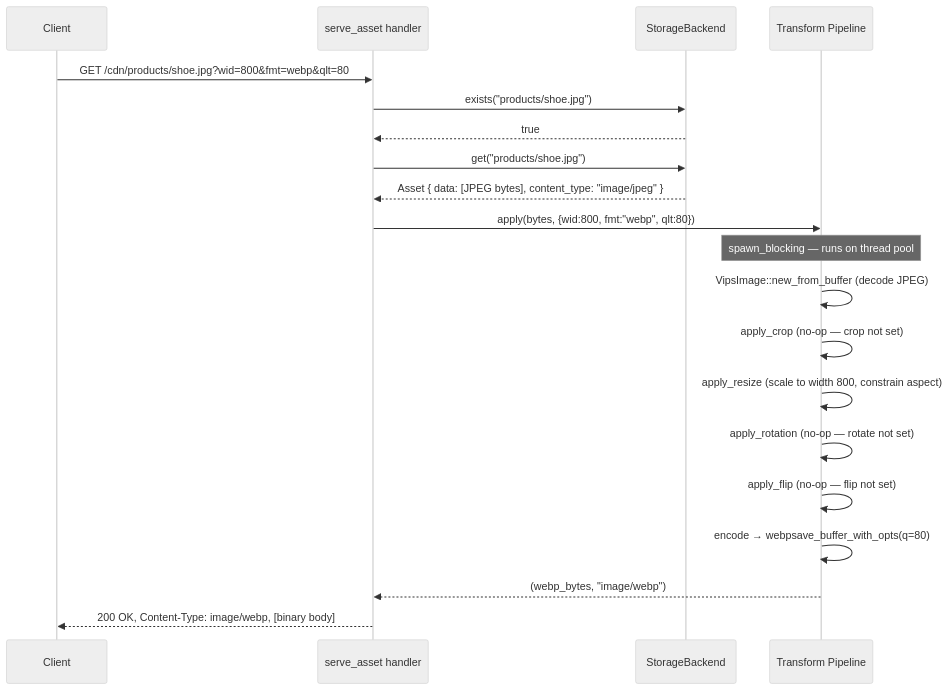
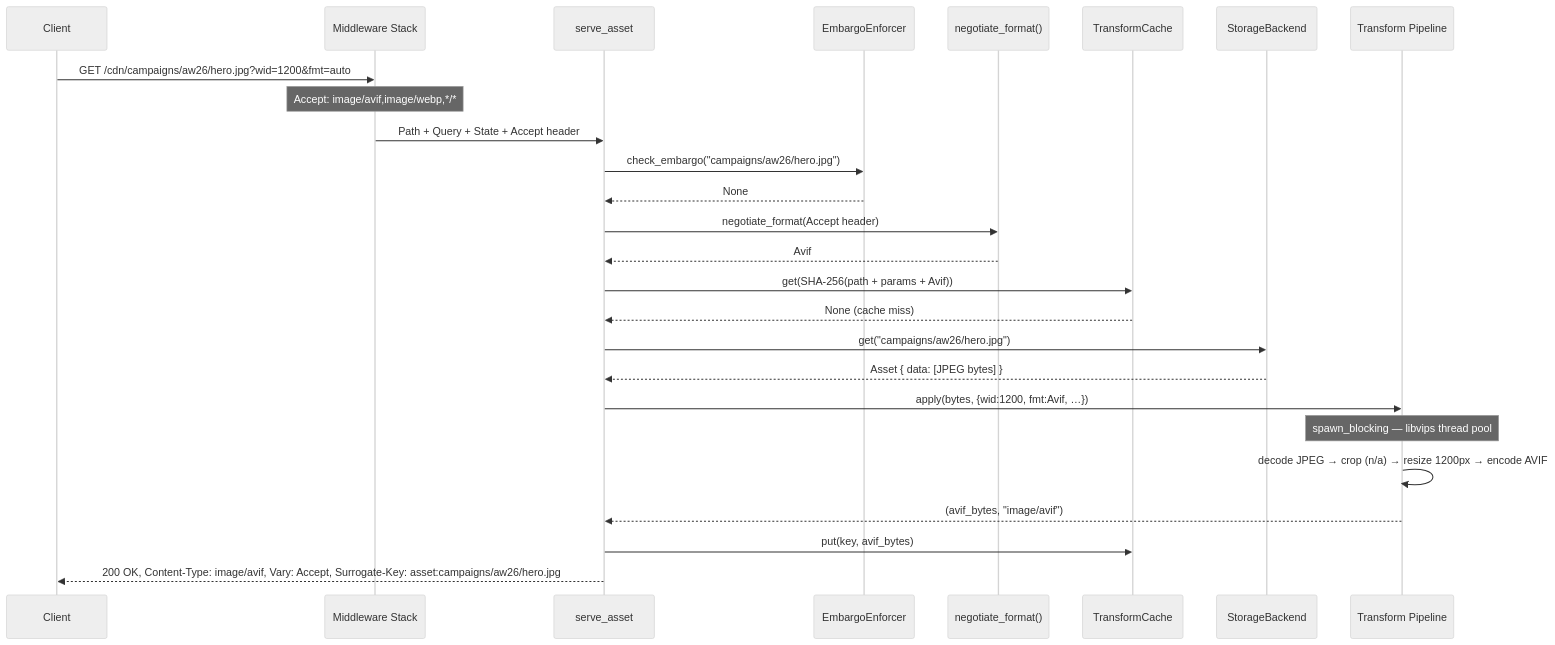
Before and after one commit to ivanoats/rendition: the fifth of 11 diagrams in docs/architecture.md, drawn with Mermaid (neutral theme). The commit also changed other lines of this file and 24 other files, not shown here.

````diff
--- a/docs/architecture.md
+++ b/docs/architecture.md
@@ -128,23 +208,29 @@
 ```mermaid
 sequenceDiagram
     participant C as Client
-    participant H as serve_asset handler
+    participant MW as Middleware Stack
+    participant H as serve_asset
+    participant E as EmbargoEnforcer
+    participant FN as negotiate_format()
+    participant TC as TransformCache
     participant S as StorageBackend
     participant T as Transform Pipeline
 
-    C->>H: GET /cdn/products/shoe.jpg?wid=800&fmt=webp&qlt=80
-    H->>S: exists("products/shoe.jpg")
-    S-->>H: true
-    H->>S: get("products/shoe.jpg")
-    S-->>H: Asset { data: [JPEG bytes], content_type: "image/jpeg" }
-    H->>T: apply(bytes, {wid:800, fmt:"webp", qlt:80})
-    note over T: spawn_blocking — runs on thread pool
-    T->>T: VipsImage::new_from_buffer (decode JPEG)
-    T->>T: apply_crop (no-op — crop not set)
-    T->>T: apply_resize (scale to width 800, constrain aspect)
-    T->>T: apply_rotation (no-op — rotate not set)
-    T->>T: apply_flip (no-op — flip not set)
-    T->>T: encode → webpsave_buffer_with_opts(q=80)
-    T-->>H: (webp_bytes, "image/webp")
-    H-->>C: 200 OK, Content-Type: image/webp, [binary body]
+    C->>MW: GET /cdn/campaigns/aw26/hero.jpg?wid=1200&fmt=auto
+    note over MW: Accept: image/avif,image/webp,*/*
+    MW->>H: Path + Query + State + Accept header
+    H->>E: check_embargo("campaigns/aw26/hero.jpg")
+    E-->>H: None
+    H->>FN: negotiate_format(Accept header)
+    FN-->>H: Avif
+    H->>TC: get(SHA-256(path + params + Avif))
+    TC-->>H: None (cache miss)
+    H->>S: get("campaigns/aw26/hero.jpg")
+    S-->>H: Asset { data: [JPEG bytes] }
+    H->>T: apply(bytes, {wid:1200, fmt:Avif, …})
+    note over T: spawn_blocking — libvips thread pool
+    T->>T: decode JPEG → crop (n/a) → resize 1200px → encode AVIF
+    T-->>H: (avif_bytes, "image/avif")
+    H->>TC: put(key, avif_bytes)
+    H-->>C: 200 OK, Content-Type: image/avif, Vary: Accept, Surrogate-Key: asset:campaigns/aw26/hero.jpg
 ```
````
